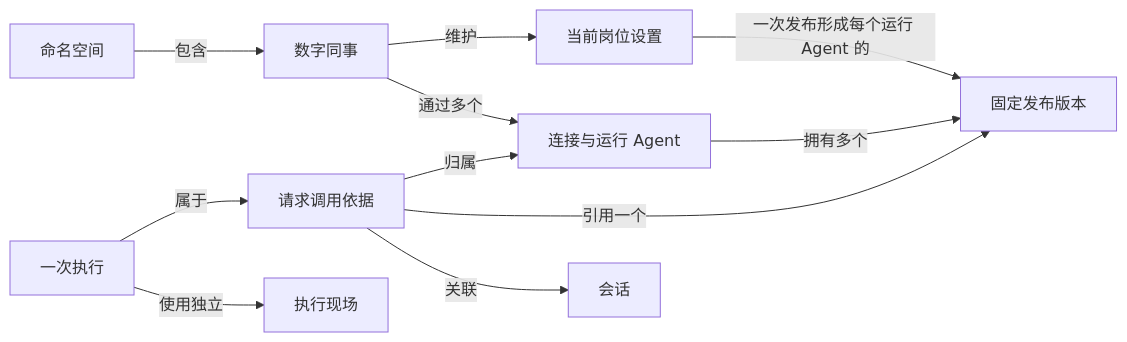
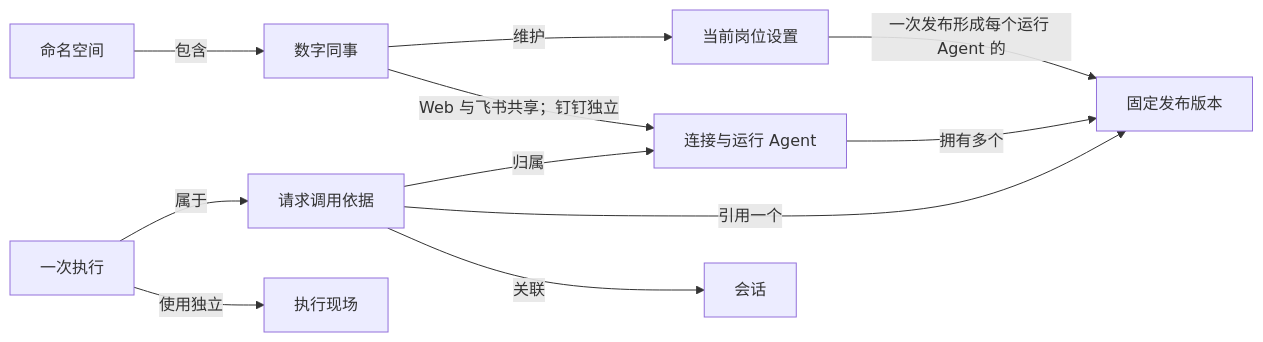
The first of 6 diagrams in jiuwenswarm/server/jiuwenmate/docs/designs/jiuwenmate-architecture.md (openJiuwen-ai/jiuwenswarm), drawn with Mermaid before and after one commit. The commit also changed other lines of this file and 58 other files, not shown here.

````diff
--- a/jiuwenswarm/server/jiuwenmate/docs/designs/jiuwenmate-architecture.md
+++ b/jiuwenswarm/server/jiuwenmate/docs/designs/jiuwenmate-architecture.md
@@ -102,13 +102,13 @@
 ```mermaid
 flowchart LR
     N["命名空间"] -->|包含| A["数字同事"]
     A -->|维护| D["当前岗位设置"]
-    A -->|通过多个| L["连接与运行 Agent"]
+    A -->|Web 与飞书共享；钉钉独立| L["连接与运行 Agent"]
     L -->|拥有多个| V["固定发布版本"]
     D -->|一次发布形成每个运行 Agent 的| V
     Q["请求调用依据"] -->|归属| L
     Q -->|引用一个| V
     Q -->|关联| S["会话"]
     E["一次执行"] -->|属于| Q
     E -->|使用独立| C["执行现场"]
 ```
````
